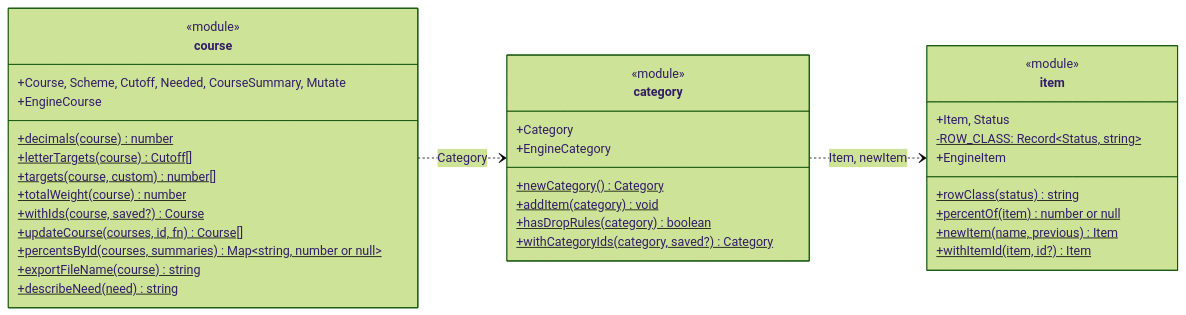
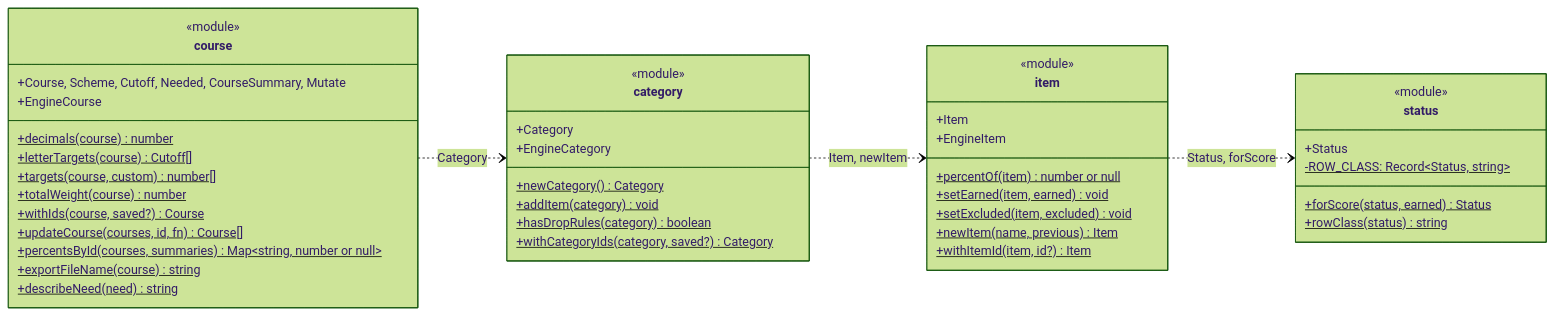
One commit to Patman1O1/grade-calculator changed the ninth of 9 diagrams in docs/uml.md. Above: the diagram before and after it, drawn with Mermaid (forest theme). The commit also changed other lines of this file and 13 other files, not shown here.

First line of the commit message:
Give Status its own module and replace Item.excluded with it

````diff
--- a/docs/uml.md
+++ b/docs/uml.md
@@ -376,39 +382,47 @@
 ```mermaid
 classDiagram
   direction LR
   class course {
     <<module>>
     +Course, Scheme, Cutoff, Needed, CourseSummary, Mutate
     +decimals(course)$ number
     +letterTargets(course)$ Cutoff[]
     +targets(course, custom)$ number[]
     +totalWeight(course)$ number
     +EngineCourse
     +withIds(course, saved?)$ Course
     +updateCourse(courses, id, fn)$ Course[]
     +percentsById(courses, summaries)$ Map~string, number or null~
     +exportFileName(course)$ string
     +describeNeed(need)$ string
   }
   class category {
     <<module>>
     +Category
     +newCategory()$ Category
     +addItem(category)$ void
     +hasDropRules(category)$ boolean
     +EngineCategory
     +withCategoryIds(category, saved?)$ Category
   }
   class item {
     <<module>>
-    +Item, Status
-    -ROW_CLASS: Record~Status, string~$
-    +rowClass(status)$ string
+    +Item
     +percentOf(item)$ number or null
+    +setEarned(item, earned)$ void
+    +setExcluded(item, excluded)$ void
     +newItem(name, previous)$ Item
     +EngineItem
     +withItemId(item, id?)$ Item
   }
+  class status {
+    <<module>>
+    +Status
+    +forScore(status, earned)$ Status
+    -ROW_CLASS: Record~Status, string~$
+    +rowClass(status)$ string
+  }
   course ..> category : Category
   category ..> item : Item, newItem
+  item ..> status : Status, forScore
 ```
````
